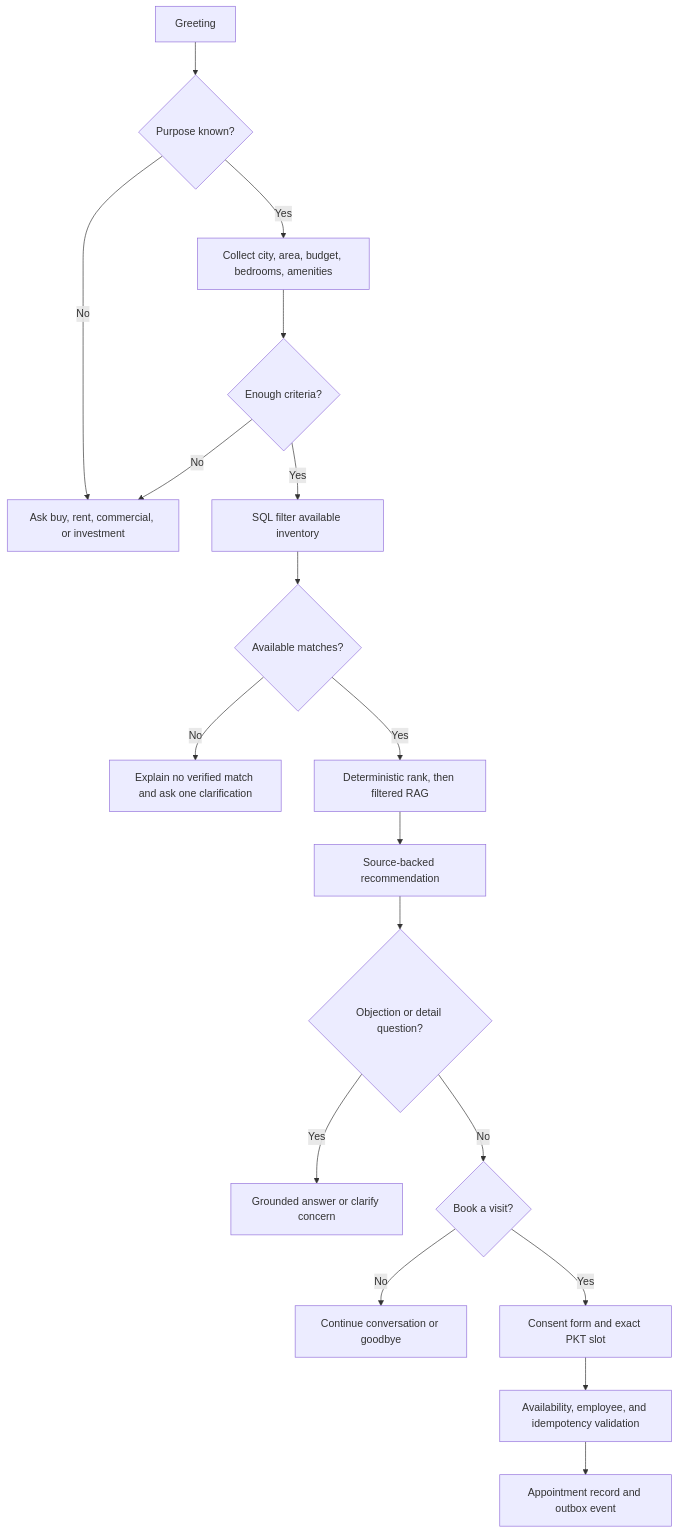
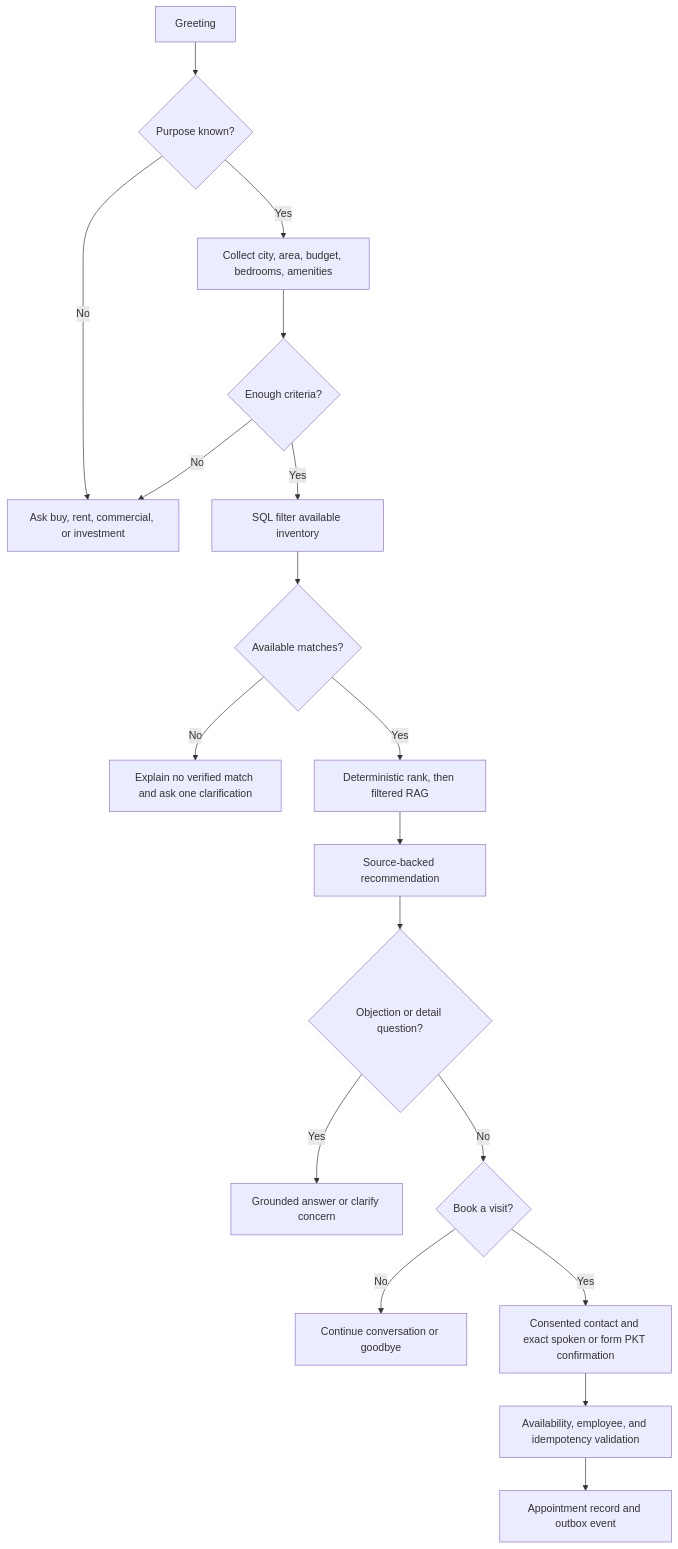
Before and after one commit to armishiqbal/AI-voice-agent: the first of 5 diagrams in docs/CONVERSATION_FLOWS.md, drawn with Mermaid. The commit also changed other lines of this file and 136 other files, not shown here.

````diff
--- a/docs/CONVERSATION_FLOWS.md
+++ b/docs/CONVERSATION_FLOWS.md
@@ -9,20 +10,20 @@
 ```mermaid
 flowchart TD
   A[Greeting] --> B{Purpose known?}
   B -- No --> C[Ask buy, rent, commercial, or investment]
   B -- Yes --> D[Collect city, area, budget, bedrooms, amenities]
   D --> E{Enough criteria?}
   E -- No --> C
   E -- Yes --> F[SQL filter available inventory]
   F --> G{Available matches?}
   G -- No --> H[Explain no verified match and ask one clarification]
   G -- Yes --> I[Deterministic rank, then filtered RAG]
   I --> J[Source-backed recommendation]
   J --> K{Objection or detail question?}
   K -- Yes --> L[Grounded answer or clarify concern]
   K -- No --> M{Book a visit?}
   M -- No --> N[Continue conversation or goodbye]
-  M -- Yes --> O[Consent form and exact PKT slot]
+  M -- Yes --> O[Consented contact and exact spoken or form PKT confirmation]
   O --> P[Availability, employee, and idempotency validation]
   P --> Q[Appointment record and outbox event]
 ```
````
